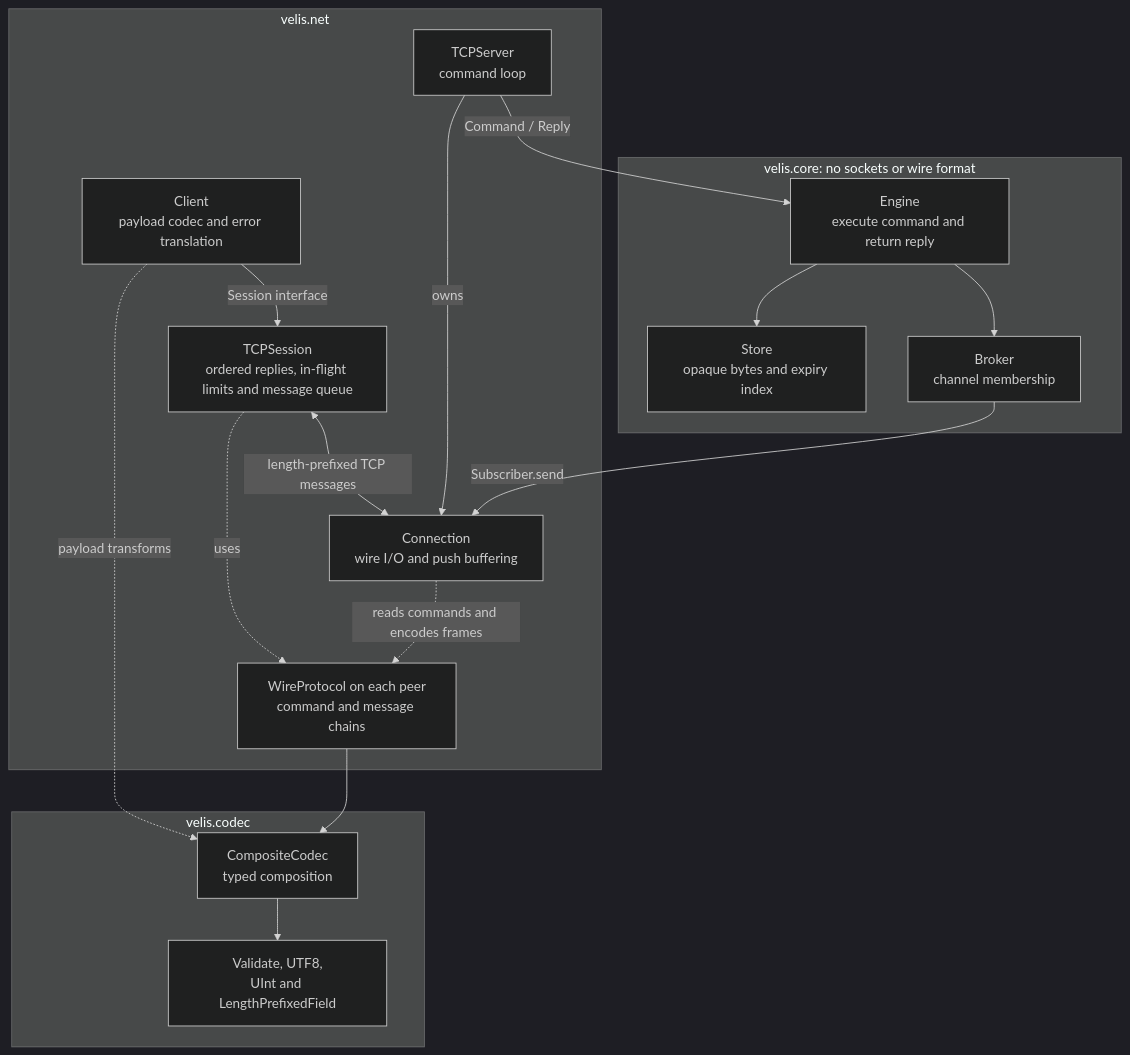
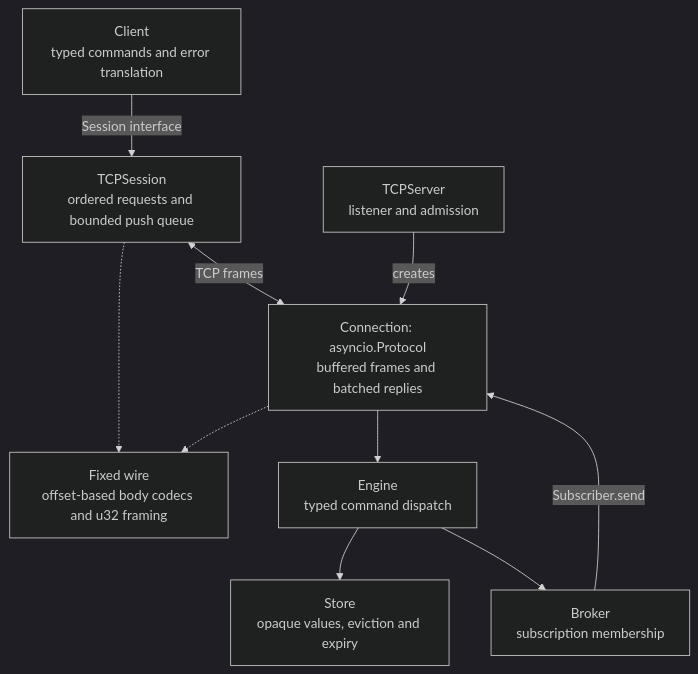
The first of 5 diagrams in README.md (gchape/velis), drawn with Mermaid (dark theme) before and after one commit. The commit also changed other lines of this file and 1 other file, not shown here.

First line of the commit message:
docs: describe fixed wire framing and opaque client payloads

````diff
--- a/README.md
+++ b/README.md
@@ -116,34 +113,20 @@
 ```mermaid
 flowchart TB
-    subgraph net ["velis.net"]
-        client["Client<br/>payload codec and error translation"]
-        session["TCPSession<br/>ordered replies, in-flight limits and message queue"]
-        server["TCPServer<br/>command loop"]
-        conn["Connection<br/>wire I/O and push buffering"]
-        wire["WireProtocol on each peer<br/>command and message chains"]
-    end
-
-    subgraph codecs ["velis.codec"]
-        chain["CompositeCodec<br/>typed composition"]
-        stages["Validate, UTF8,<br/>UInt and LengthPrefixedField"]
-    end
-
-    subgraph core ["velis.core: no sockets or wire format"]
-        engine["Engine<br/>execute command and return reply"]
-        store["Store<br/>opaque bytes and expiry index"]
-        broker["Broker<br/>channel membership"]
-    end
-
+    client["Client<br/>typed commands and error translation"]
+    session["TCPSession<br/>ordered requests and bounded push queue"]
+    server["TCPServer<br/>listener and admission"]
+    connection["Connection: asyncio.Protocol<br/>buffered frames and batched replies"]
+    wire["Fixed wire<br/>offset-based body codecs and u32 framing"]
+    engine["Engine<br/>typed command dispatch"]
+    store["Store<br/>opaque values, eviction and expiry"]
+    broker["Broker<br/>subscription membership"]
     client -->|"Session interface"| session
-    session <-->|"length-prefixed TCP messages"| conn
-    server -->|"owns"| conn
-    server -->|"Command / Reply"| engine
-    session -.->|"uses"| wire
-    conn -.->|"reads commands and encodes frames"| wire
-    client -.->|"payload transforms"| chain
-    wire --> chain
-    chain --> stages
+    session <-->|"TCP frames"| connection
+    server -->|"creates"| connection
+    session -.-> wire
+    connection -.-> wire
+    connection --> engine
     engine --> store
     engine --> broker
-    broker -->|"Subscriber.send"| conn
+    broker -->|"Subscriber.send"| connection
 ```
````
